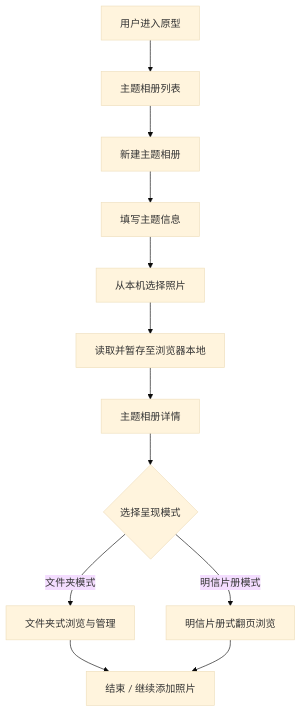
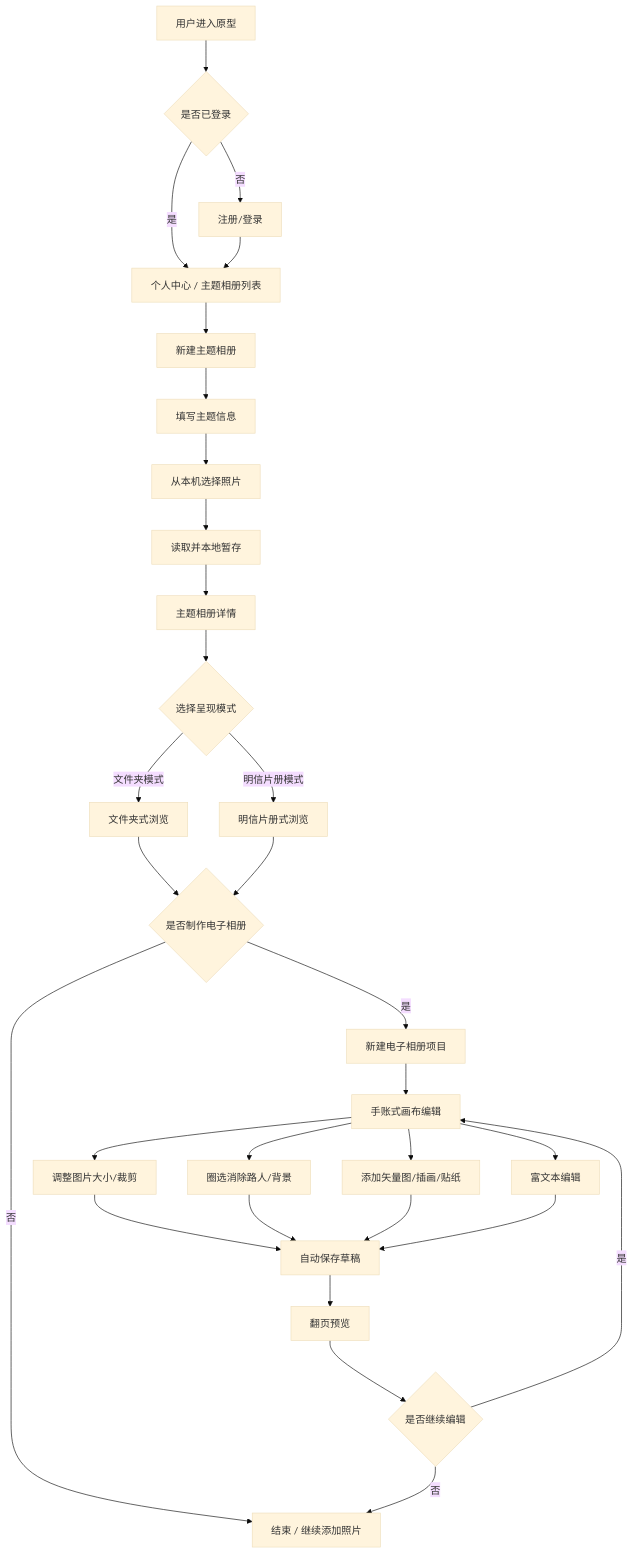
Before and after one commit to skmywwx/MLT: the first of 4 diagrams in PRD.md, drawn with Mermaid (base theme). The commit also changed other lines of this file and 1 other file, not shown here.

````diff
--- a/PRD.md
+++ b/PRD.md
@@ -126,16 +151,36 @@
 ```mermaid
 flowchart TD
-    A[用户进入原型] --> B[主题相册列表]
-    B --> C[新建主题相册]
-    C --> D[填写主题信息]
-    D --> E[从本机选择照片]
-    E --> F[读取并暂存至浏览器本地]
-    F --> G[主题相册详情]
+    A[用户进入原型] --> B{是否已登录}
+    B -->|否| C[注册/登录]
+    B -->|是| D[个人中心 / 主题相册列表]
+    C --> D
 
-    G --> H{选择呈现模式}
-    H -->|文件夹模式| I[文件夹式浏览与管理]
-    H -->|明信片册模式| J[明信片册式翻页浏览]
+    D --> E[新建主题相册]
+    E --> F[填写主题信息]
+    F --> G[从本机选择照片]
+    G --> H[读取并本地暂存]
+    H --> I[主题相册详情]
 
-    I --> K[结束 / 继续添加照片]
-    J --> K
+    I --> J{选择呈现模式}
+    J -->|文件夹模式| K[文件夹式浏览]
+    J -->|明信片册模式| L[明信片册式浏览]
+
+    K --> M{是否制作电子相册}
+    L --> M
+    M -->|否| N[结束 / 继续添加照片]
+    M -->|是| O[新建电子相册项目]
+
+    O --> P[手账式画布编辑]
+    P --> P1[调整图片大小/裁剪]
+    P --> P2[圈选消除路人/背景]
+    P --> P3[添加矢量图/插画/贴纸]
+    P --> P4[富文本编辑]
+    P1 --> Q[自动保存草稿]
+    P2 --> Q
+    P3 --> Q
+    P4 --> Q
+    Q --> R[翻页预览]
+    R --> S{是否继续编辑}
+    S -->|是| P
+    S -->|否| N
 ```
````
